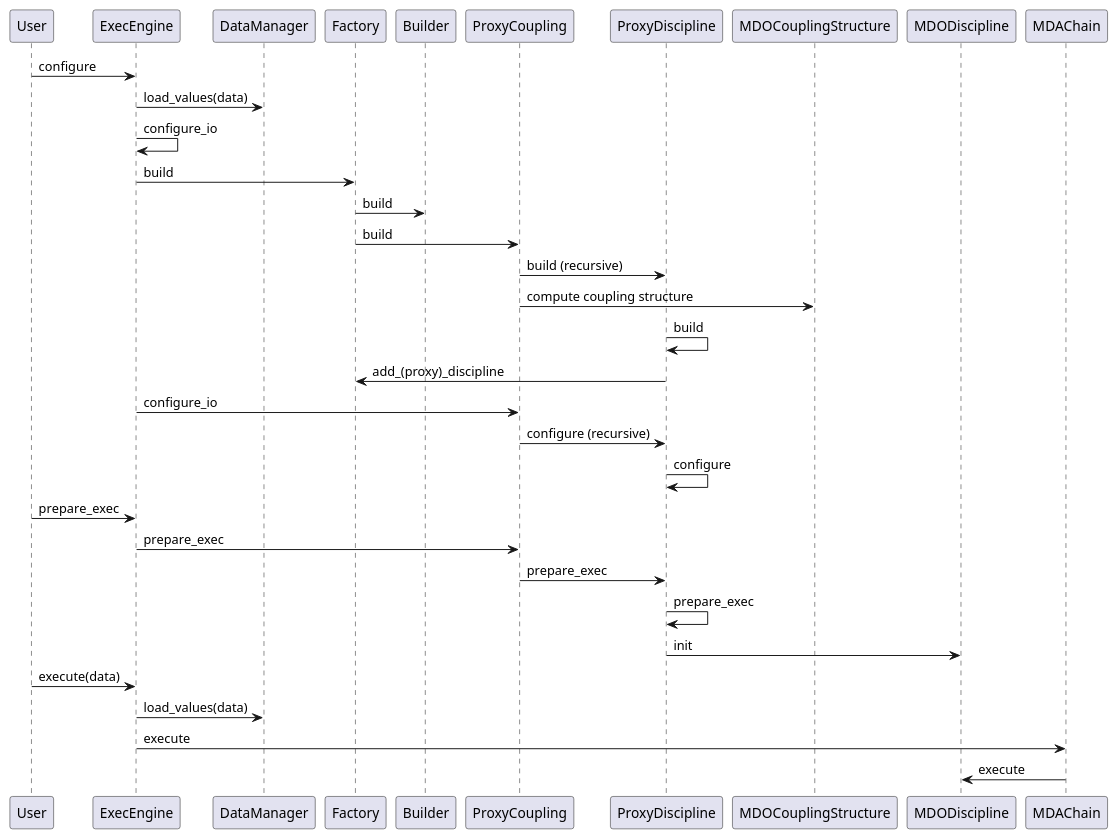
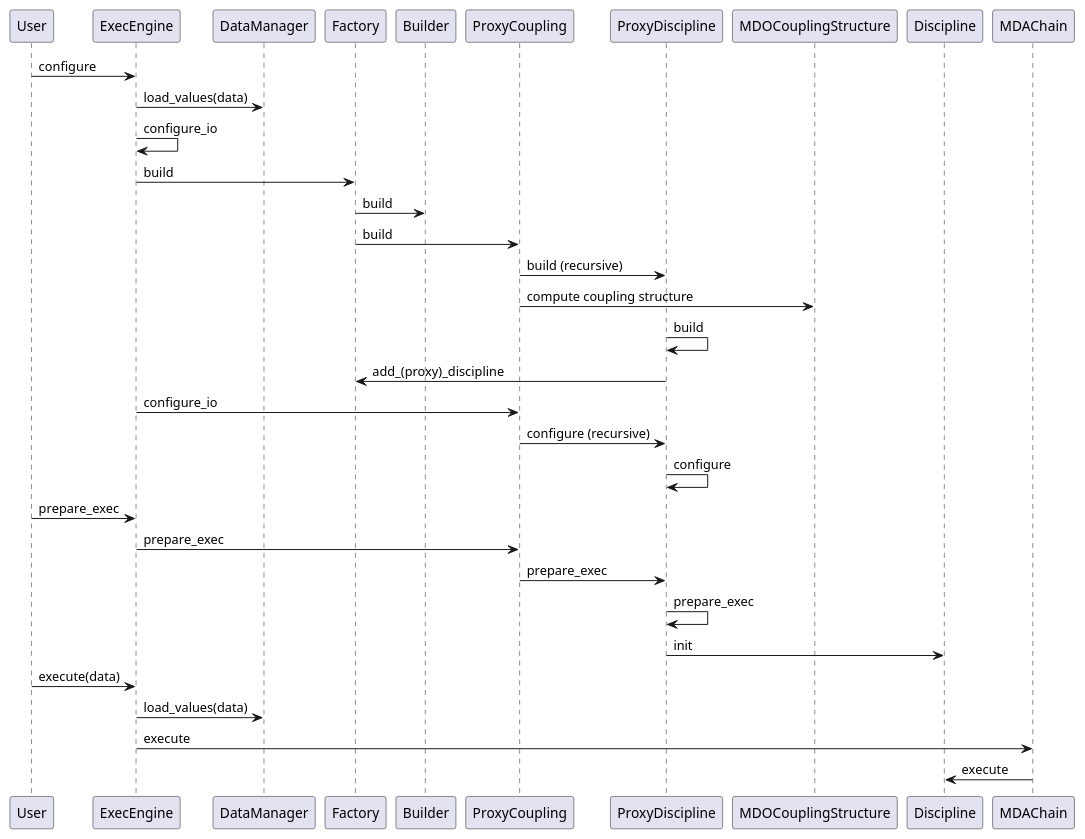
The diagram in sostrades_core/tools/refactoring/eev4/proposal/sequence_sos_build_update.puml (os-climate/sostrades-core), drawn with PlantUML before and after one commit. The commit also changed 63 other files, not shown here.

Commit message:
Rename mdodiscipline into discipline for all files + fix some refacto not handled by bump-gemseo

```diff
--- a/sostrades_core/tools/refactoring/eev4/proposal/sequence_sos_build_update.puml
+++ b/sostrades_core/tools/refactoring/eev4/proposal/sequence_sos_build_update.puml
@@ -1,32 +1,32 @@
 @startuml
 User -> ExecEngine: configure
 ExecEngine -> DataManager: load_values(data)
 ExecEngine -> ExecEngine: configure_io
 ExecEngine -> Factory: build
 Factory -> Builder: build
 Factory -> ProxyCoupling: build
 ProxyCoupling -> ProxyDiscipline: build (recursive)
 ProxyCoupling -> MDOCouplingStructure: compute coupling structure
 ProxyDiscipline -> ProxyDiscipline: build
 ProxyDiscipline -> Factory: add_(proxy)_discipline
 /' Configuration -> MultiScenarioBuilder: init '/
 /' MultiScenarioBuilder -> Builder: configure '/
 /' Builder -> MDOCouplingStructure: compute_reduced_graph '/
 /' Builder -> ProxyDiscipline: configure '/
 
 ExecEngine -> ProxyCoupling: configure_io
 ProxyCoupling -> ProxyDiscipline: configure (recursive)
 ProxyDiscipline -> ProxyDiscipline: configure
 
 
 User -> ExecEngine: prepare_exec
 ExecEngine -> ProxyCoupling: prepare_exec
 ProxyCoupling -> ProxyDiscipline: prepare_exec
 ProxyDiscipline -> ProxyDiscipline : prepare_exec
-ProxyDiscipline -> MDODiscipline : init
+ProxyDiscipline -> Discipline : init
 
 User -> ExecEngine: execute(data)
 ExecEngine -> DataManager: load_values(data)
 ExecEngine -> MDAChain: execute
-MDAChain -> MDODiscipline : execute
+MDAChain -> Discipline : execute
 @enduml
```
